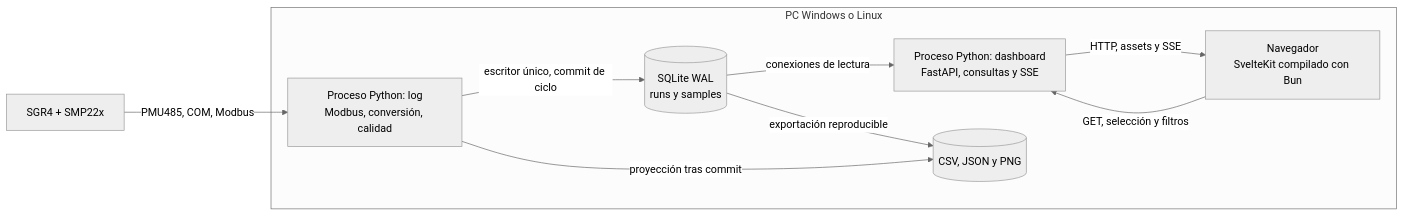
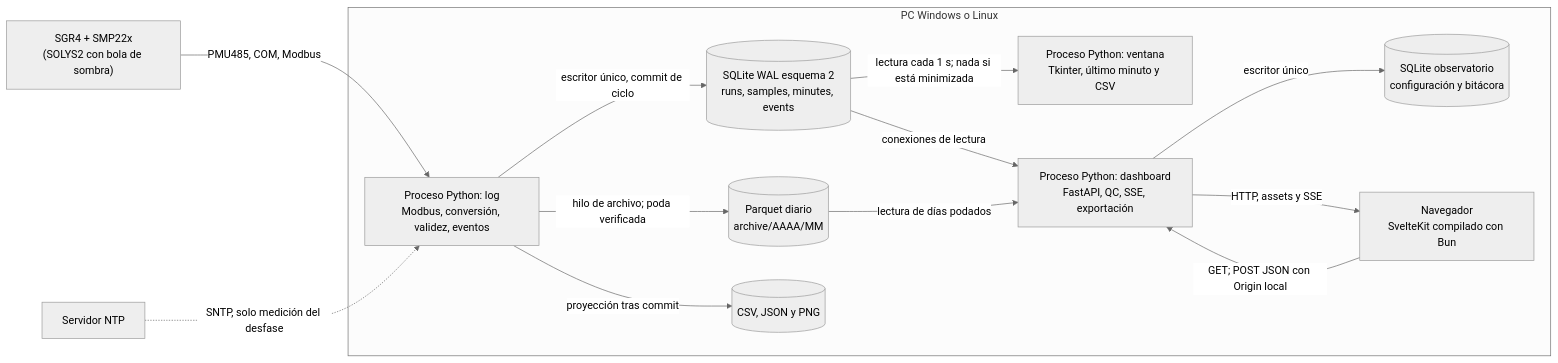
The second of 4 diagrams in docs/arquitectura-c4.md (RodrigoAlexander7/solys2-automatization), drawn with Mermaid (neutral theme) before and after one commit. The commit also changed other lines of this file and 88 other files, not shown here.

First line of the commit message:
feat: add observatory features, light Tkinter window and readable console

````diff
--- a/docs/arquitectura-c4.md
+++ b/docs/arquitectura-c4.md
@@ -39,17 +42,24 @@
 ```mermaid
 flowchart LR
   subgraph pc["PC Windows o Linux"]
-    acq["Proceso Python: log<br/>Modbus, conversión, calidad"]
-    db[("SQLite WAL<br/>runs y samples")]
-    api["Proceso Python: dashboard<br/>FastAPI, consultas y SSE"]
+    acq["Proceso Python: log<br/>Modbus, conversión, validez, eventos"]
+    db[("SQLite WAL esquema 2<br/>runs, samples, minutes, events")]
+    arch[("Parquet diario<br/>archive/AAAA/MM")]
+    obs[("SQLite observatorio<br/>configuración y bitácora")]
+    api["Proceso Python: dashboard<br/>FastAPI, QC, SSE, exportación"]
     browser["Navegador<br/>SvelteKit compilado con Bun"]
+    light["Proceso Python: ventana<br/>Tkinter, último minuto y CSV"]
+    db -->|"lectura cada 1 s; nada si está minimizada"| light
     files[("CSV, JSON y PNG")]
     acq -->|"escritor único, commit de ciclo"| db
+    acq -->|"hilo de archivo; poda verificada"| arch
     db -->|"conexiones de lectura"| api
+    arch -->|"lectura de días podados"| api
+    api -->|"escritor único"| obs
     api -->|"HTTP, assets y SSE"| browser
-    browser -->|"GET, selección y filtros"| api
+    browser -->|"GET; POST JSON con Origin local"| api
     acq -->|"proyección tras commit"| files
-    db -->|"exportación reproducible"| files
   end
-  sensors["SGR4 + SMP22x"] -->|"PMU485, COM, Modbus"| acq
+  sensors["SGR4 + SMP22x<br/>(SOLYS2 con bola de sombra)"] -->|"PMU485, COM, Modbus"| acq
+  ntp["Servidor NTP"] -.->|"SNTP, solo medición del desfase"| acq
 ```
````
